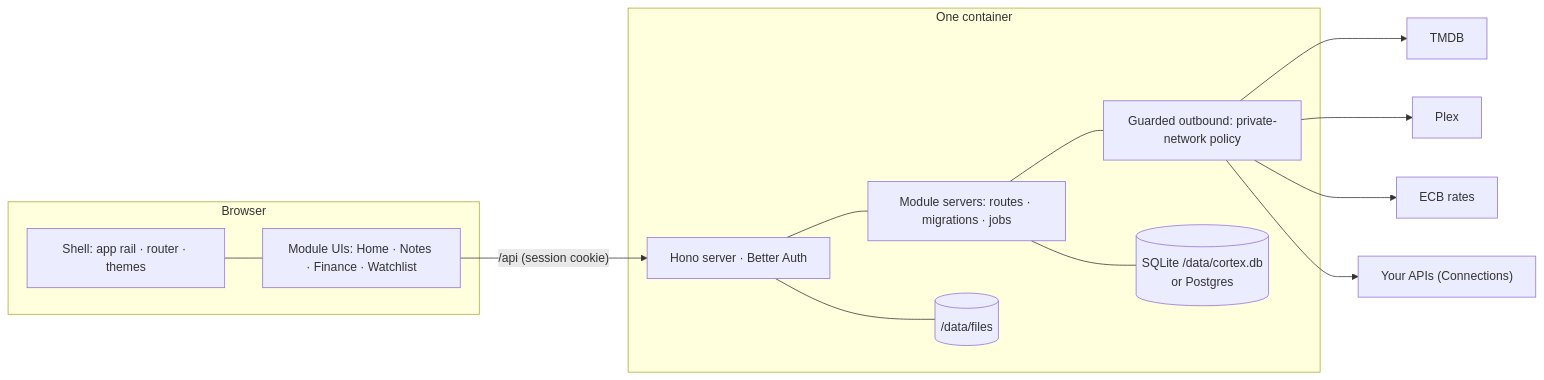
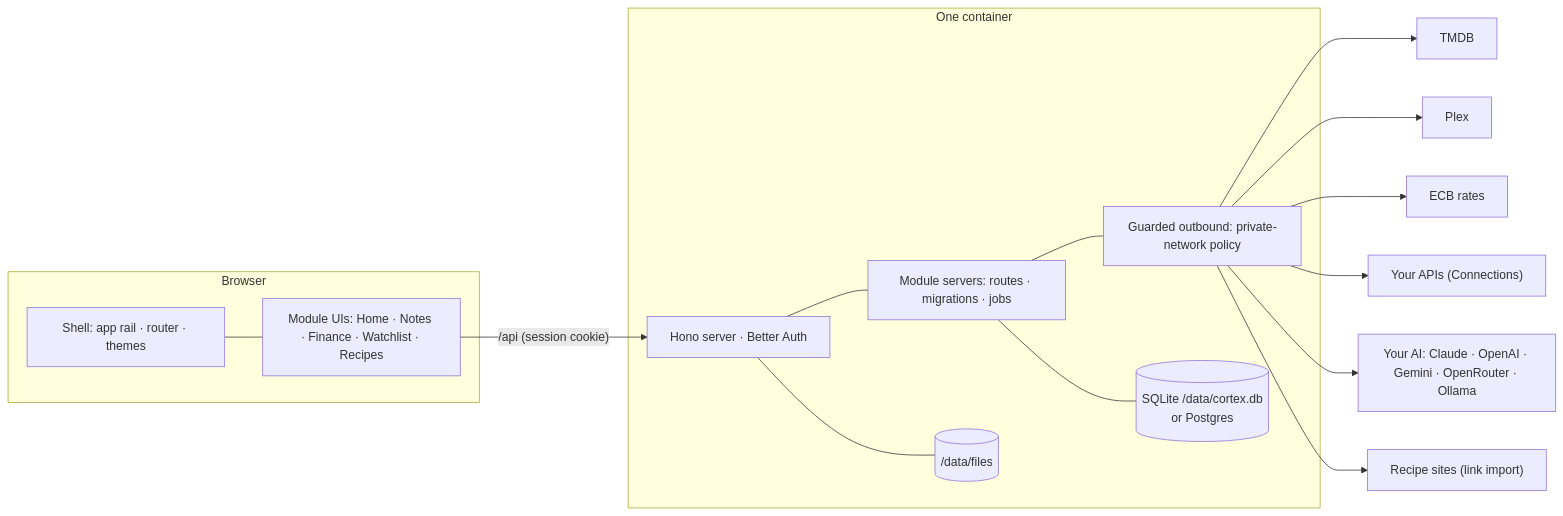
Before and after one commit to Fergtato/cortex: the diagram in README.md, drawn with Mermaid. The commit also changed other lines of this file and 45 other files, not shown here.

First line of the commit message:
Docs: Recipes, bring-your-own AI, fresh screenshots and graphics

````diff
--- a/README.md
+++ b/README.md
@@ -373,23 +458,25 @@
 ```mermaid
 flowchart LR
   subgraph Browser
     Shell["Shell: app rail · router · themes"]
-    Mods["Module UIs: Home · Notes · Finance · Watchlist"]
+    Mods["Module UIs: Home · Notes · Finance · Watchlist · Recipes"]
     Shell --- Mods
   end
   subgraph Container["One container"]
     API["Hono server · Better Auth"]
     Srv["Module servers: routes · migrations · jobs"]
     Guard["Guarded outbound: private-network policy"]
     API --- Srv --- Guard
     DB[("SQLite /data/cortex.db\nor Postgres")]
     Files[("/data/files")]
     Srv --- DB
     API --- Files
   end
   Mods -- "/api (session cookie)" --> API
   Guard --> TMDB["TMDB"]
   Guard --> Plex["Plex"]
   Guard --> ECB["ECB rates"]
   Guard --> Yours["Your APIs (Connections)"]
+  Guard --> AI["Your AI: Claude · OpenAI · Gemini · OpenRouter · Ollama"]
+  Guard --> Sites["Recipe sites (link import)"]
 ```
````
